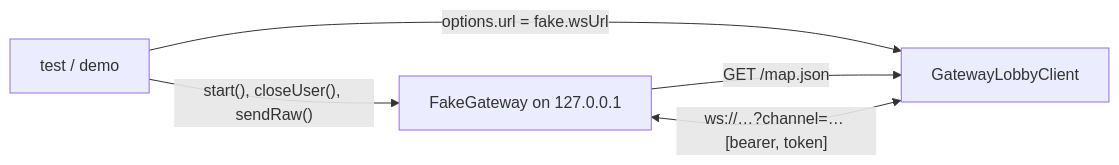
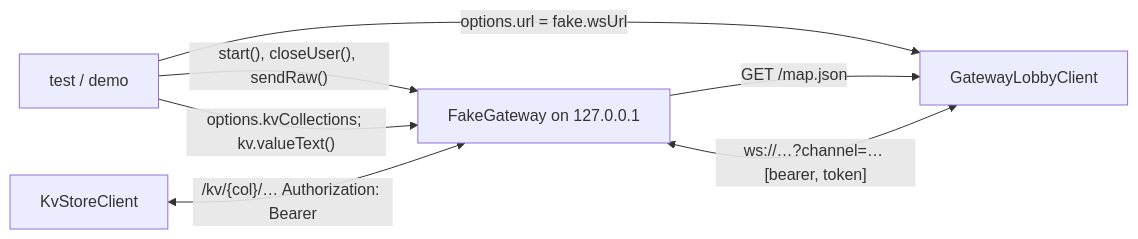
Before and after one commit to yingyeothon/flutterlib: the diagram in packages/yingyeothon_fake_gateway/README.md, drawn with Mermaid. The commit also changed other lines of this file and 46 other files, not shown here.

````diff
--- a/packages/yingyeothon_fake_gateway/README.md
+++ b/packages/yingyeothon_fake_gateway/README.md
@@ -14,7 +16,9 @@
 ```mermaid
 flowchart LR
   test["test / demo"] -- "start(), closeUser(), sendRaw()" --> fake["FakeGateway on 127.0.0.1"]
   test -- "options.url = fake.wsUrl" --> sdk["GatewayLobbyClient"]
   sdk <-- "ws://…?channel=… [bearer, token]" --> fake
   fake -- "GET /map.json" --> sdk
+  test -- "options.kvCollections; kv.valueText()" --> fake
+  kv["KvStoreClient"] <-- "/kv/{col}/… Authorization: Bearer" --> fake
 ```
````
